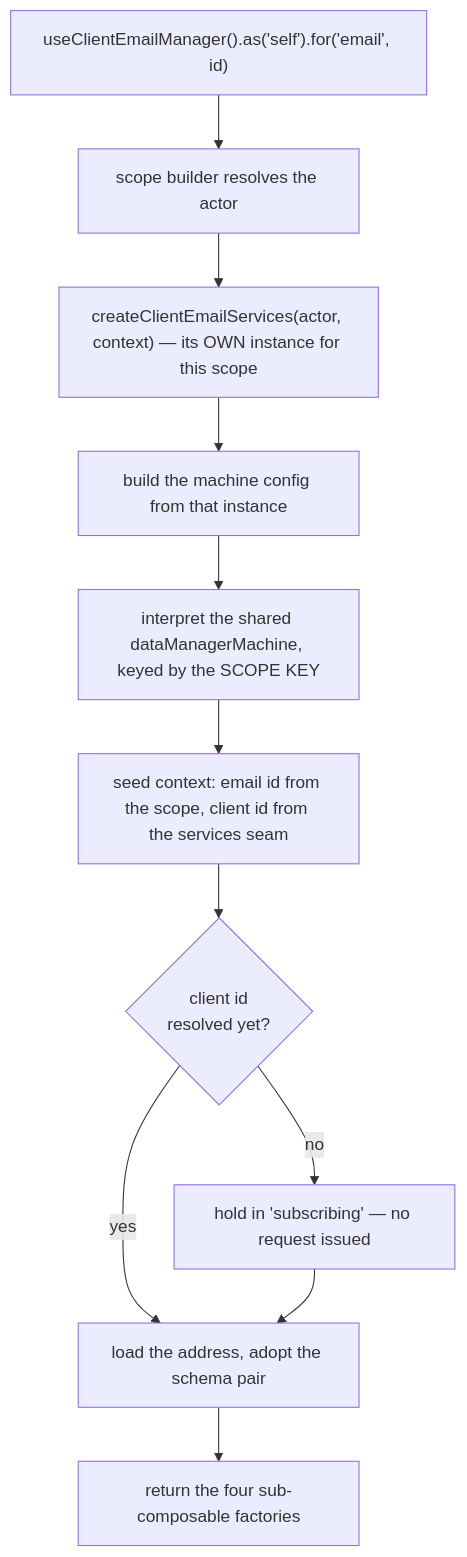
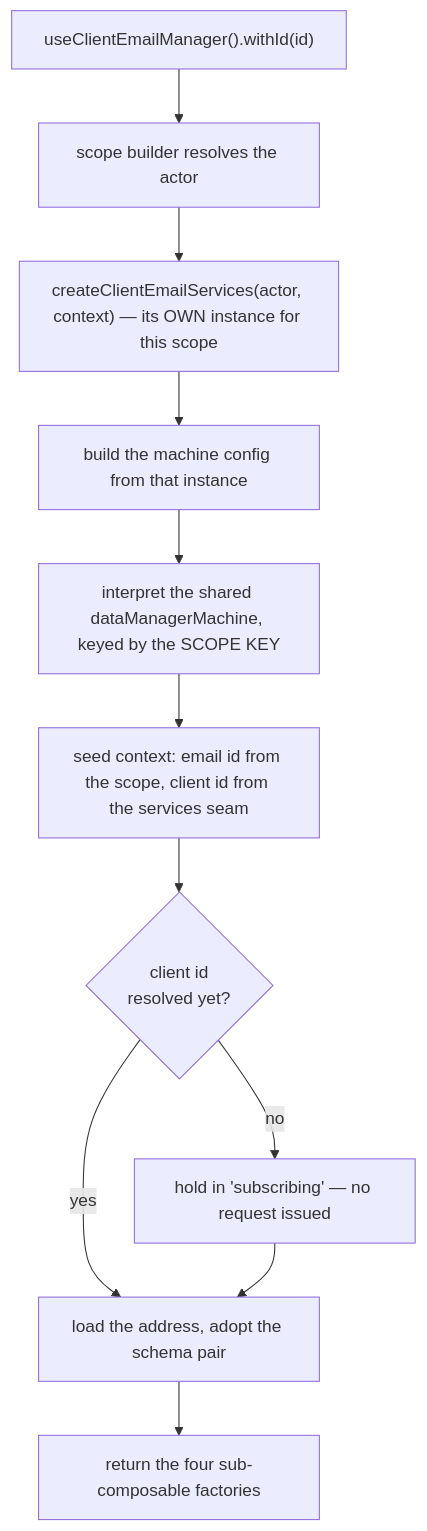
One commit to upmind/upmind-ui changed the second of 5 diagrams in packages/headless/src/modules/client-email/docs/architecture.md. Above: the diagram before and after it, drawn with Mermaid. The commit also changed 11 other files, not shown here.

First line of the commit message:
refactor(FE-3111): replace .for('email', id) with .withId(id) in client-email

````diff
--- a/packages/headless/src/modules/client-email/docs/architecture.md
+++ b/packages/headless/src/modules/client-email/docs/architecture.md
@@ -31,13 +31,13 @@
 ```mermaid
 flowchart TD
-  call["useClientEmailManager().as('self').for('email', id)"] --> resolve["scope builder resolves the actor"]
+  call["useClientEmailManager().withId(id)"] --> resolve["scope builder resolves the actor"]
   resolve --> services["createClientEmailServices(actor, context) — its OWN instance for this scope"]
   services --> config["build the machine config from that instance"]
   config --> interpret["interpret the shared dataManagerMachine, keyed by the SCOPE KEY"]
   interpret --> seed["seed context: email id from the scope, client id from the services seam"]
   seed --> topup{"client id<br/>resolved yet?"}
   topup -- no --> wait["hold in 'subscribing' — no request issued"]
   topup -- yes --> load["load the address, adopt the schema pair"]
   wait --> load
   load --> ready["return the four sub-composable factories"]
 ```
````
